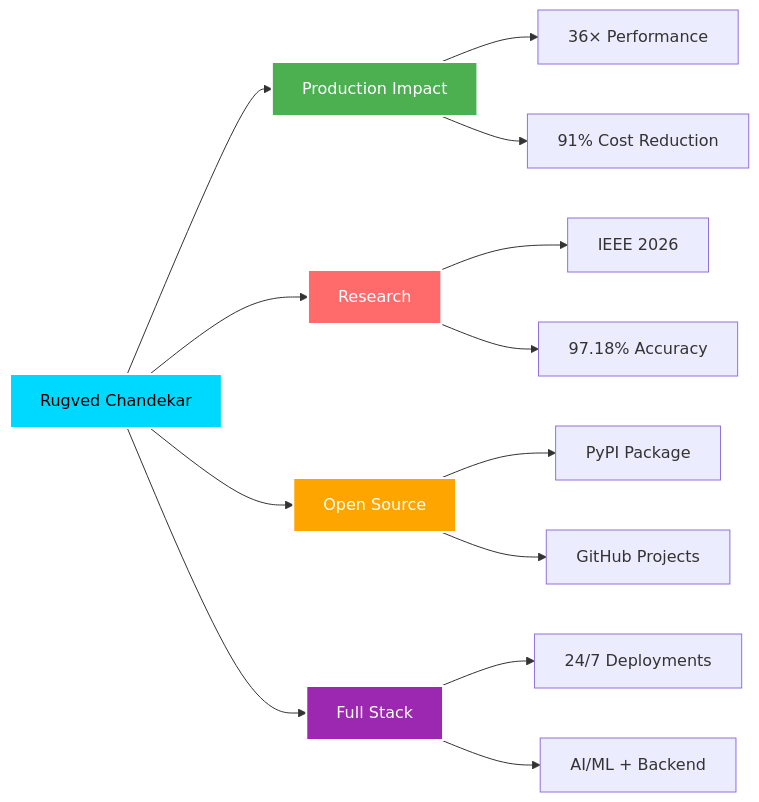
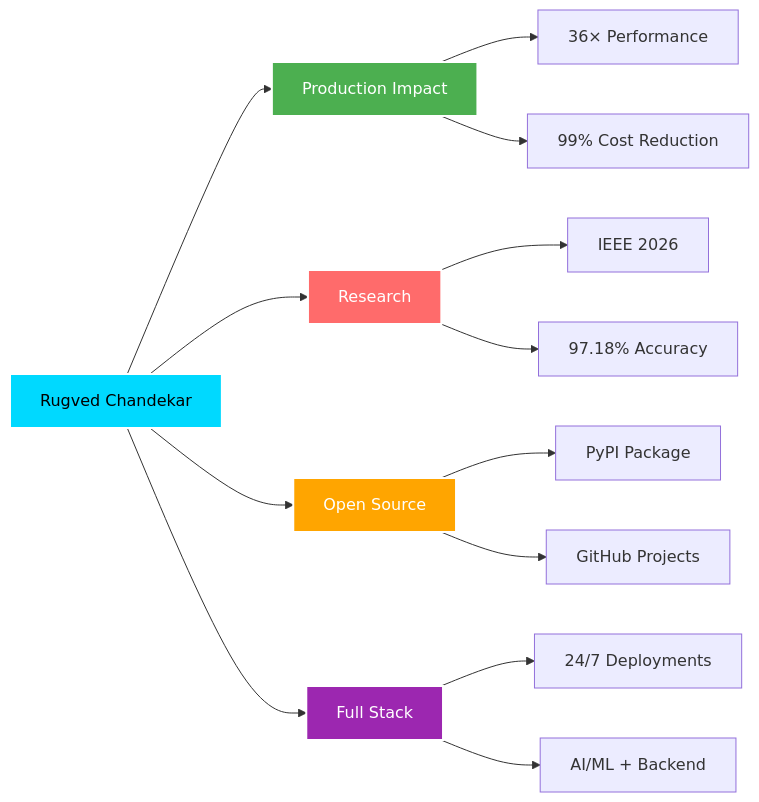
One commit to Rugvedrc/Rugvedrc changed the diagram in README.md. Above: the diagram before and after it, drawn with Mermaid. The commit also changed other lines of this file, not shown here.

Commit message:
Update cost savings from 91% to 99% in README

````diff
--- a/README.md
+++ b/README.md
@@ -292,25 +292,25 @@
 ```mermaid
 graph LR
     A[Rugved Chandekar] --> B[Production Impact]
     A --> C[Research]
     A --> D[Open Source]
     A --> E[Full Stack]
     
     B --> B1[36× Performance]
-    B --> B2[91% Cost Reduction]
+    B --> B2[99% Cost Reduction]
     
     C --> C1[IEEE 2026]
     C --> C2[97.18% Accuracy]
     
     D --> D1[PyPI Package]
     D --> D2[GitHub Projects]
     
     E --> E1[24/7 Deployments]
     E --> E2[AI/ML + Backend]
     
     style A fill:#00D9FF,stroke:#fff,stroke-width:2px,color:#000
     style B fill:#4CAF50,stroke:#fff,stroke-width:2px,color:#fff
     style C fill:#FF6B6B,stroke:#fff,stroke-width:2px,color:#fff
     style D fill:#FFA500,stroke:#fff,stroke-width:2px,color:#fff
     style E fill:#9C27B0,stroke:#fff,stroke-width:2px,color:#fff
 ```
````
